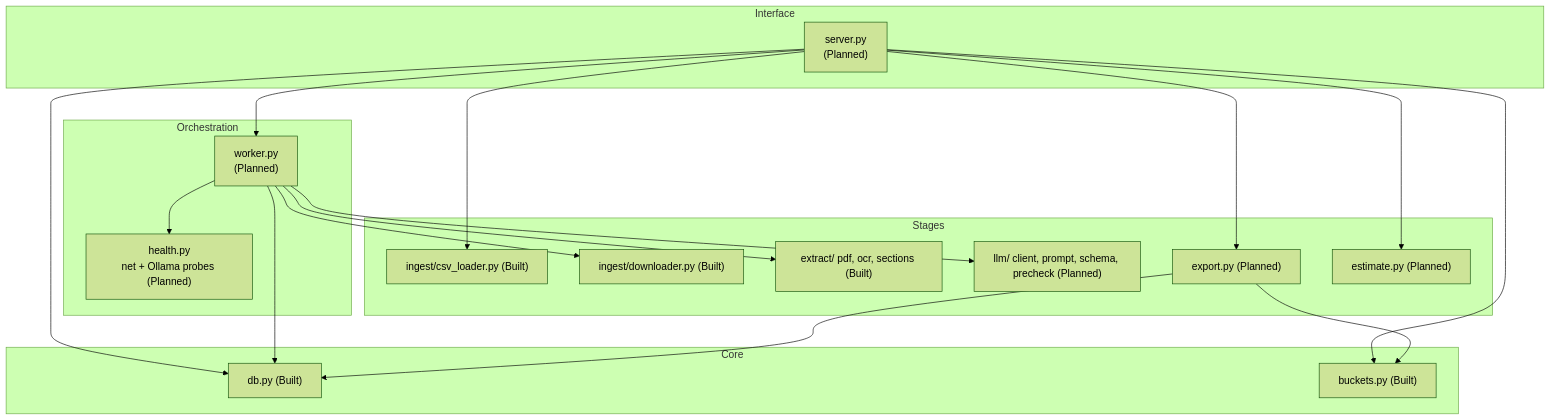
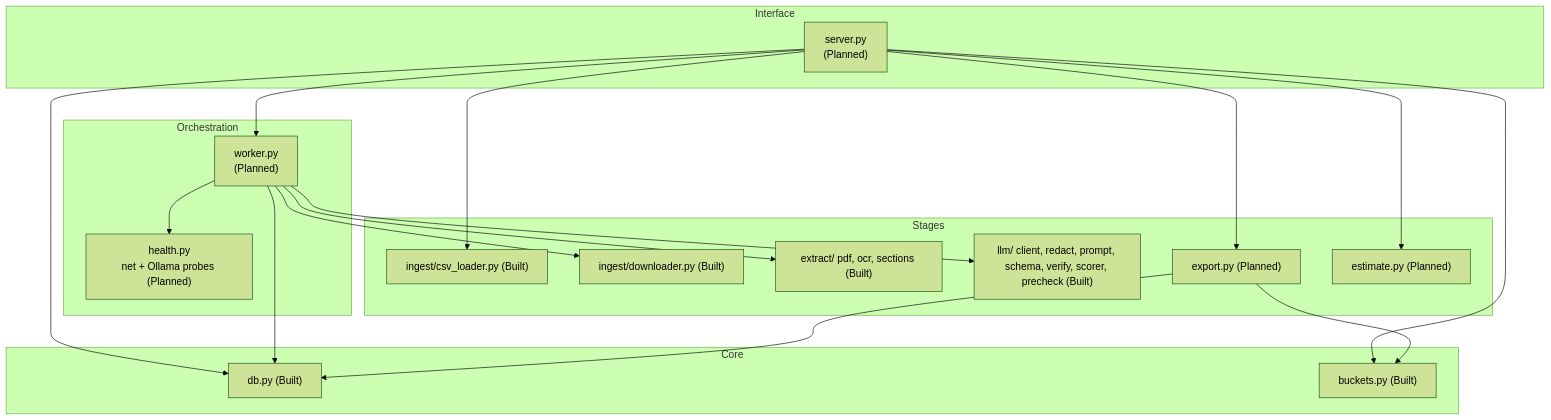
Before and after one commit to Aryan27-max/Atlas: the third of 13 diagrams in ARCHITECTURE.md, drawn with Mermaid (forest theme). The commit also changed other lines of this file and 17 other files, not shown here.

````diff
--- a/ARCHITECTURE.md
+++ b/ARCHITECTURE.md
@@ -118,36 +118,36 @@
 ```mermaid
 flowchart TB
     subgraph L1["Interface"]
         server["server.py<br/>(Planned)"]
     end
     subgraph L2["Orchestration"]
         worker["worker.py<br/>(Planned)"]
         health["health.py<br/>net + Ollama probes (Planned)"]
     end
     subgraph L3["Stages"]
         csvl["ingest/csv_loader.py (Built)"]
         dl["ingest/downloader.py (Built)"]
         ext["extract/ pdf, ocr, sections (Built)"]
-        llm["llm/ client, prompt, schema, precheck (Planned)"]
+        llm["llm/ client, redact, prompt, schema, verify, scorer, precheck (Built)"]
         exp["export.py (Planned)"]
         est["estimate.py (Planned)"]
     end
     subgraph L4["Core"]
         db["db.py (Built)"]
         buckets["buckets.py (Built)"]
     end
 
     server --> worker
     server --> db
     server --> buckets
     server --> csvl
     server --> exp
     server --> est
     worker --> health
     worker --> dl
     worker --> ext
     worker --> llm
     worker --> db
     exp --> db
     exp --> buckets
 ```
````
